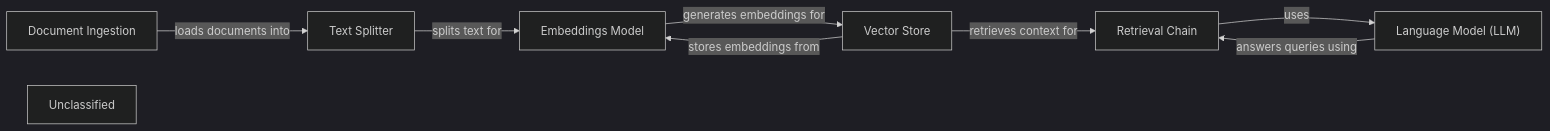
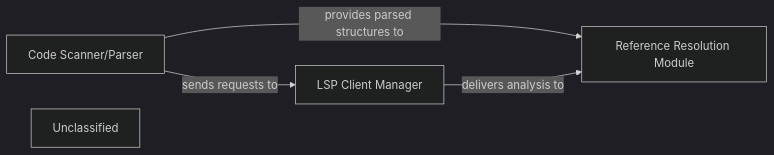
The diagram in .codeboarding/Static_Analysis_Engine.md (mariyam866/CodeBoarding), drawn with Mermaid (dark theme) before and after one commit. The commit also changed other lines of this file and 15 other files, not shown here.

First line of the commit message:
docs: update codeboarding documentation and generate architecture

````diff
--- a/.codeboarding/Static_Analysis_Engine.md
+++ b/.codeboarding/Static_Analysis_Engine.md
@@ -1,17 +1,10 @@
 ```mermaid
 graph LR
-    Document_Ingestion["Document Ingestion"]
-    Text_Splitter["Text Splitter"]
-    Vector_Store["Vector Store"]
-    Embeddings_Model["Embeddings Model"]
-    Language_Model_LLM_["Language Model (LLM)"]
-    Retrieval_Chain["Retrieval Chain"]
+    Code_Scanner_Parser["Code Scanner/Parser"]
+    LSP_Client_Manager["LSP Client Manager"]
+    Reference_Resolution_Module["Reference Resolution Module"]
     Unclassified["Unclassified"]
-    Document_Ingestion -- "loads documents into" --> Text_Splitter
-    Text_Splitter -- "splits text for" --> Embeddings_Model
-    Embeddings_Model -- "generates embeddings for" --> Vector_Store
-    Vector_Store -- "stores embeddings from" --> Embeddings_Model
-    Vector_Store -- "retrieves context for" --> Retrieval_Chain
-    Retrieval_Chain -- "uses" --> Language_Model_LLM_
-    Language_Model_LLM_ -- "answers queries using" --> Retrieval_Chain
+    Code_Scanner_Parser -- "sends requests to" --> LSP_Client_Manager
+    Code_Scanner_Parser -- "provides parsed structures to" --> Reference_Resolution_Module
+    LSP_Client_Manager -- "delivers analysis to" --> Reference_Resolution_Module
 ```
````
